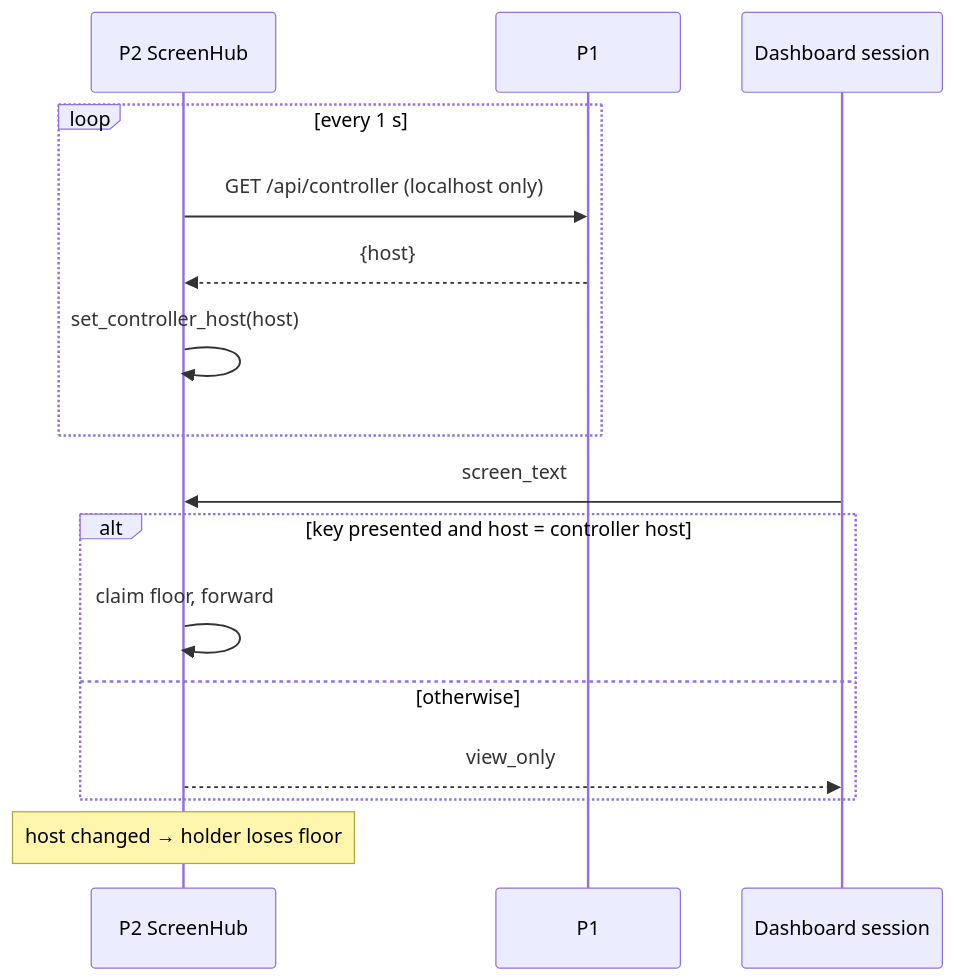
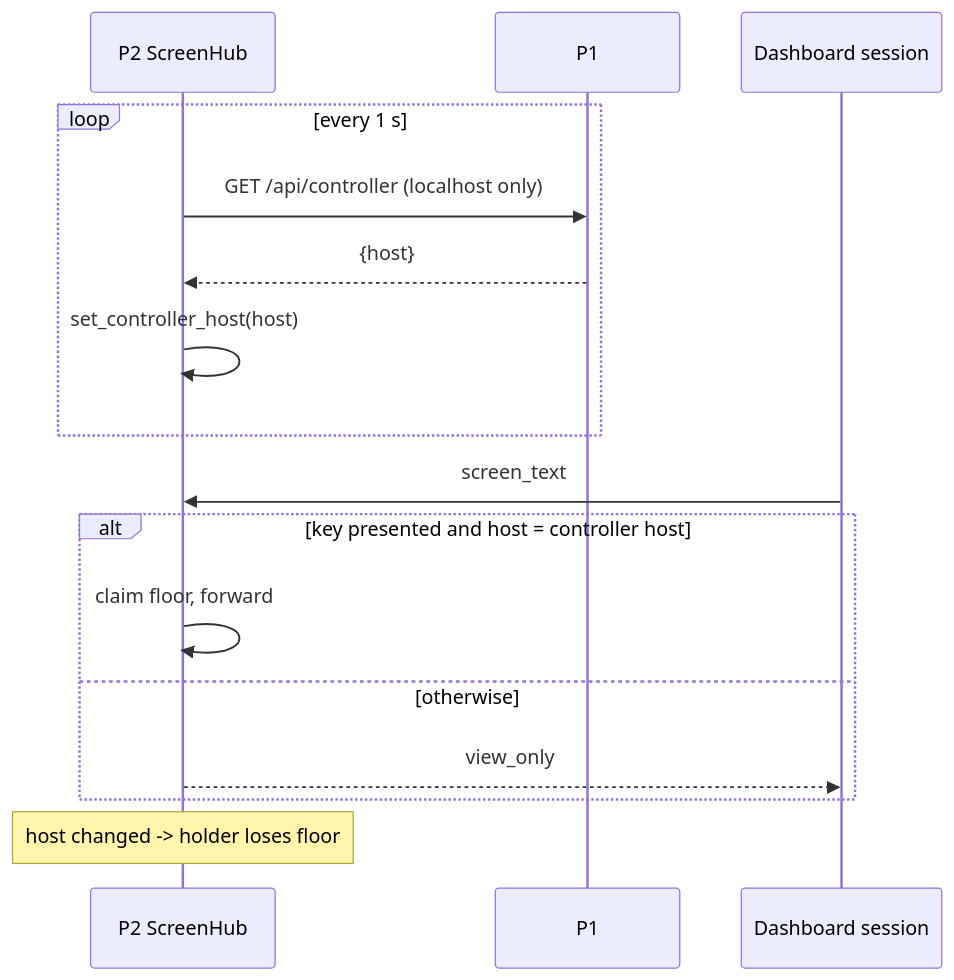
One commit to baiust999/robort-code-from-pi changed diagram 26 of 27 in research paper/section4_methodology.md. Above: the diagram before and after it, drawn with Mermaid. The commit also changed other lines of this file and 4 other files, not shown here.

````diff
--- a/research paper/section4_methodology.md
+++ b/research paper/section4_methodology.md
@@ -895,18 +895,18 @@
 ```mermaid
 sequenceDiagram
   participant P2 as P2 ScreenHub
   participant P1 as P1
   participant D as Dashboard session
   loop every 1 s
     P2->>P1: GET /api/controller (localhost only)
     P1-->>P2: {host}
     P2->>P2: set_controller_host(host)
   end
   D->>P2: screen_text
   alt key presented and host = controller host
     P2->>P2: claim floor, forward
   else otherwise
     P2-->>D: view_only
   end
-  Note over P2: host changed → holder loses floor
+  Note over P2: host changed -> holder loses floor
 ```
````
